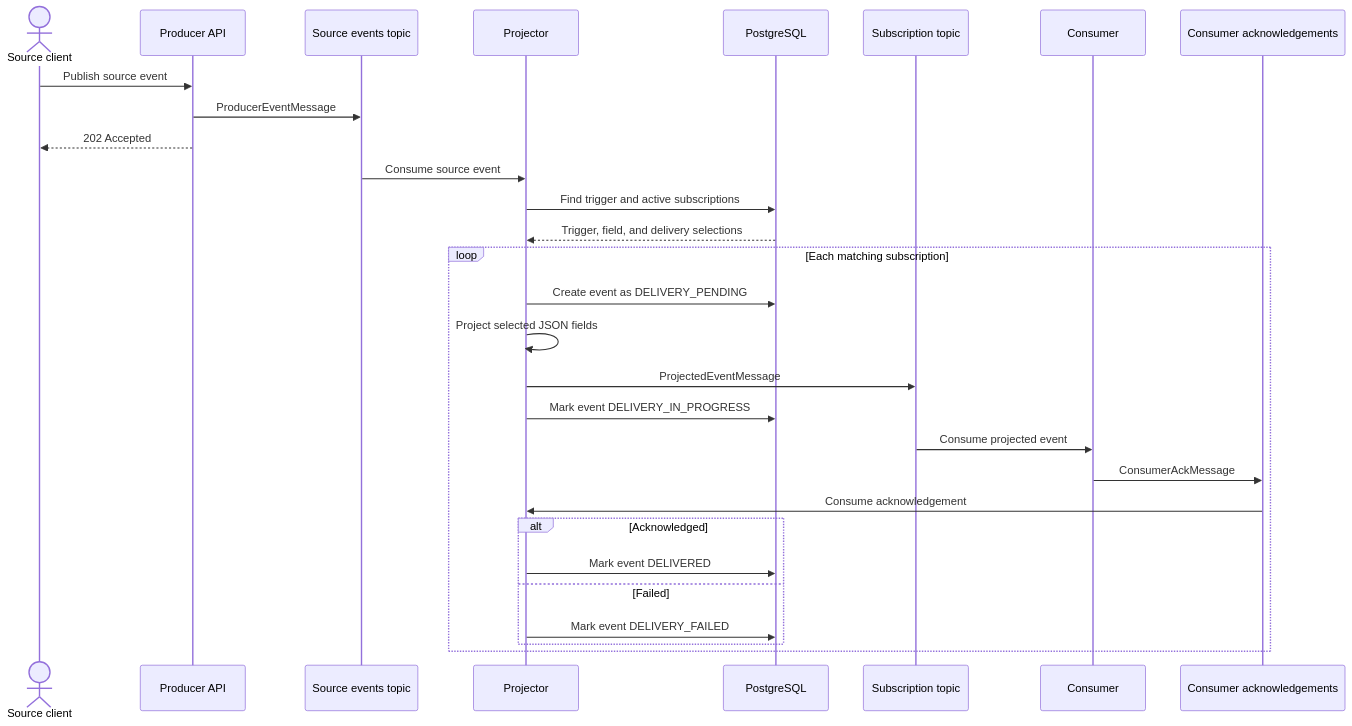
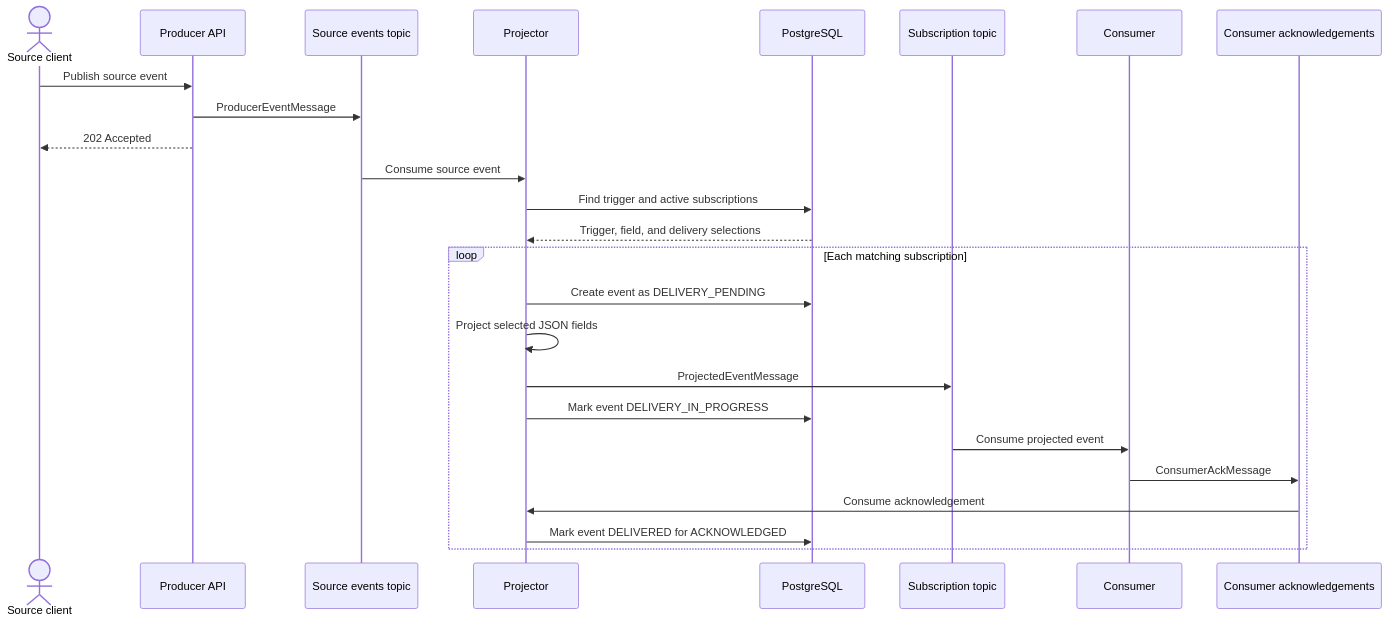
Before and after one commit to SudSwastik/konductor: the second of 4 diagrams in docs/architecture-uml.md, drawn with Mermaid. The commit also changed other lines of this file and 65 other files, not shown here.

````diff
--- a/docs/architecture-uml.md
+++ b/docs/architecture-uml.md
@@ -73,33 +41,29 @@
 ```mermaid
 sequenceDiagram
     actor Client as Source client
     participant Producer as Producer API
     participant SourceTopic as Source events topic
     participant Projector as Projector
     participant Database as PostgreSQL
     participant SubscriptionTopic as Subscription topic
     participant Consumer as Consumer
     participant AckTopic as Consumer acknowledgements
 
     Client->>Producer: Publish source event
     Producer->>SourceTopic: ProducerEventMessage
     Producer-->>Client: 202 Accepted
     SourceTopic->>Projector: Consume source event
     Projector->>Database: Find trigger and active subscriptions
     Database-->>Projector: Trigger, field, and delivery selections
 
     loop Each matching subscription
         Projector->>Database: Create event as DELIVERY_PENDING
         Projector->>Projector: Project selected JSON fields
         Projector->>SubscriptionTopic: ProjectedEventMessage
         Projector->>Database: Mark event DELIVERY_IN_PROGRESS
         SubscriptionTopic->>Consumer: Consume projected event
         Consumer->>AckTopic: ConsumerAckMessage
         AckTopic->>Projector: Consume acknowledgement
-        alt Acknowledged
-            Projector->>Database: Mark event DELIVERED
-        else Failed
-            Projector->>Database: Mark event DELIVERY_FAILED
-        end
+        Projector->>Database: Mark event DELIVERED for ACKNOWLEDGED
     end
 ```
````
